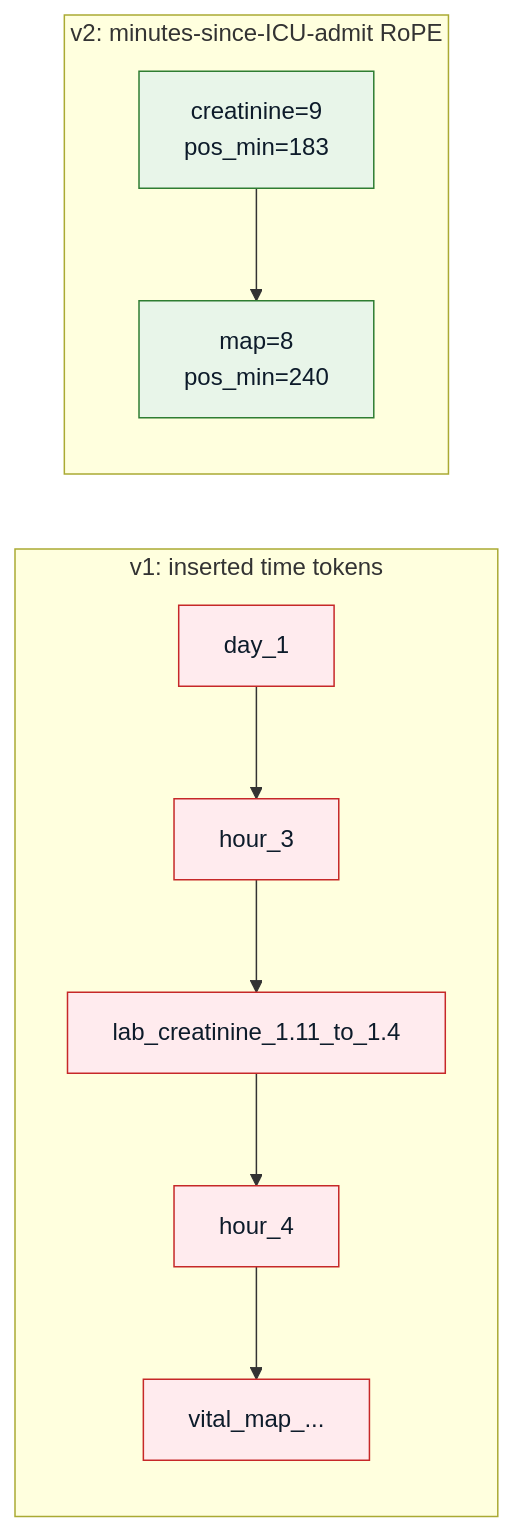
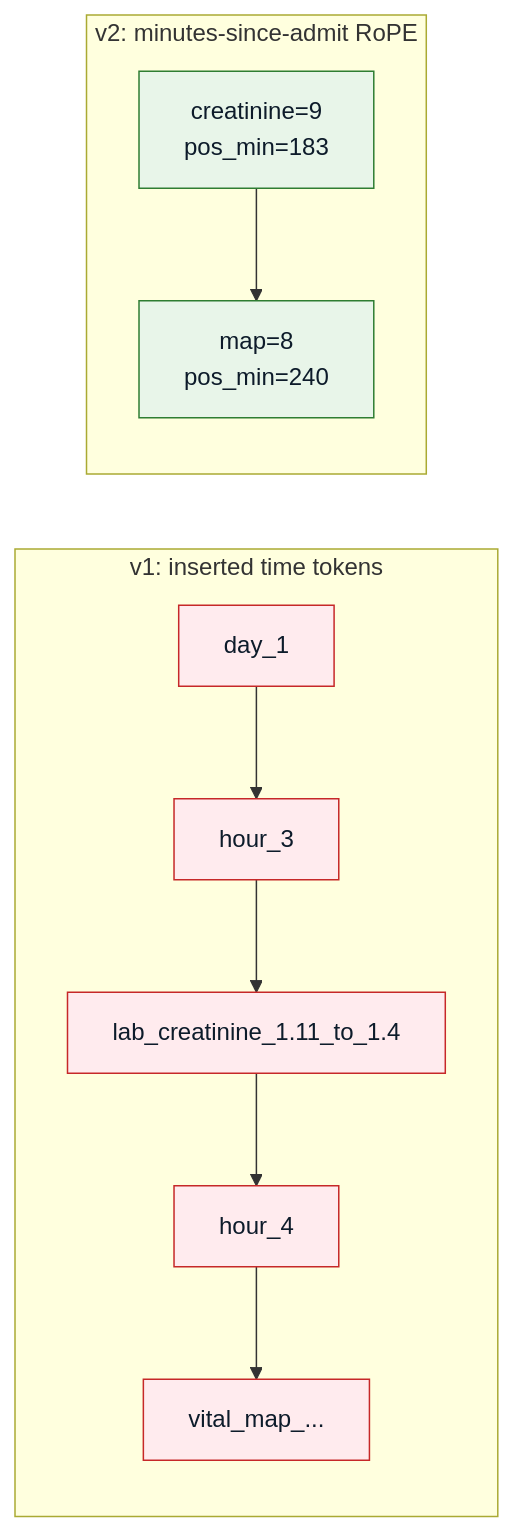
The second of 4 diagrams in website/docs/data-tokenization.md (sajor2000/clifatron2.0), drawn with Mermaid before and after one commit. The commit also changed other lines of this file and 6 other files, not shown here.

````diff
--- a/website/docs/data-tokenization.md
+++ b/website/docs/data-tokenization.md
@@ -125,14 +162,14 @@
 ```mermaid
 flowchart LR
     subgraph OLD["v1: inserted time tokens"]
         O1["day_1"] --> O2["hour_3"] --> O3["lab_creatinine_1.11_to_1.4"] --> O4["hour_4"] --> O5["vital_map_..."]
     end
-    subgraph NEW["v2: minutes-since-ICU-admit RoPE"]
+    subgraph NEW["v2: minutes-since-admit RoPE"]
         N1["creatinine=9<br/>pos_min=183"] --> N2["map=8<br/>pos_min=240"]
     end
 
     classDef bad fill:#ffebee,stroke:#c62828,color:#0d1b2a;
     classDef good fill:#e8f5e9,stroke:#2e7d32,color:#0d1b2a;
     class O1,O2,O3,O4,O5 bad;
     class N1,N2 good;
 ```
````
